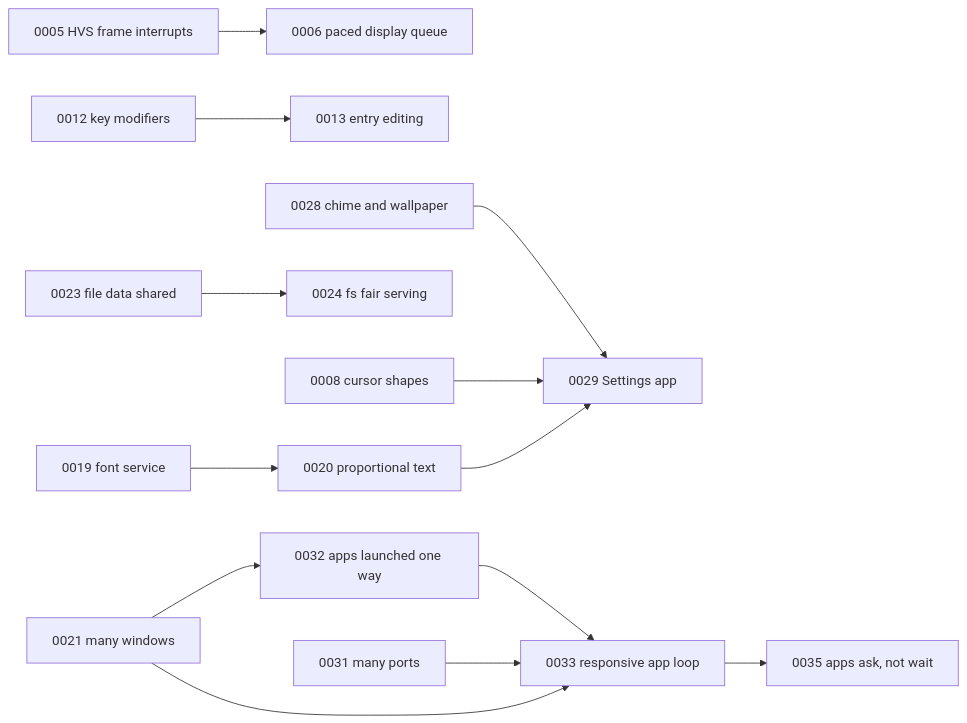
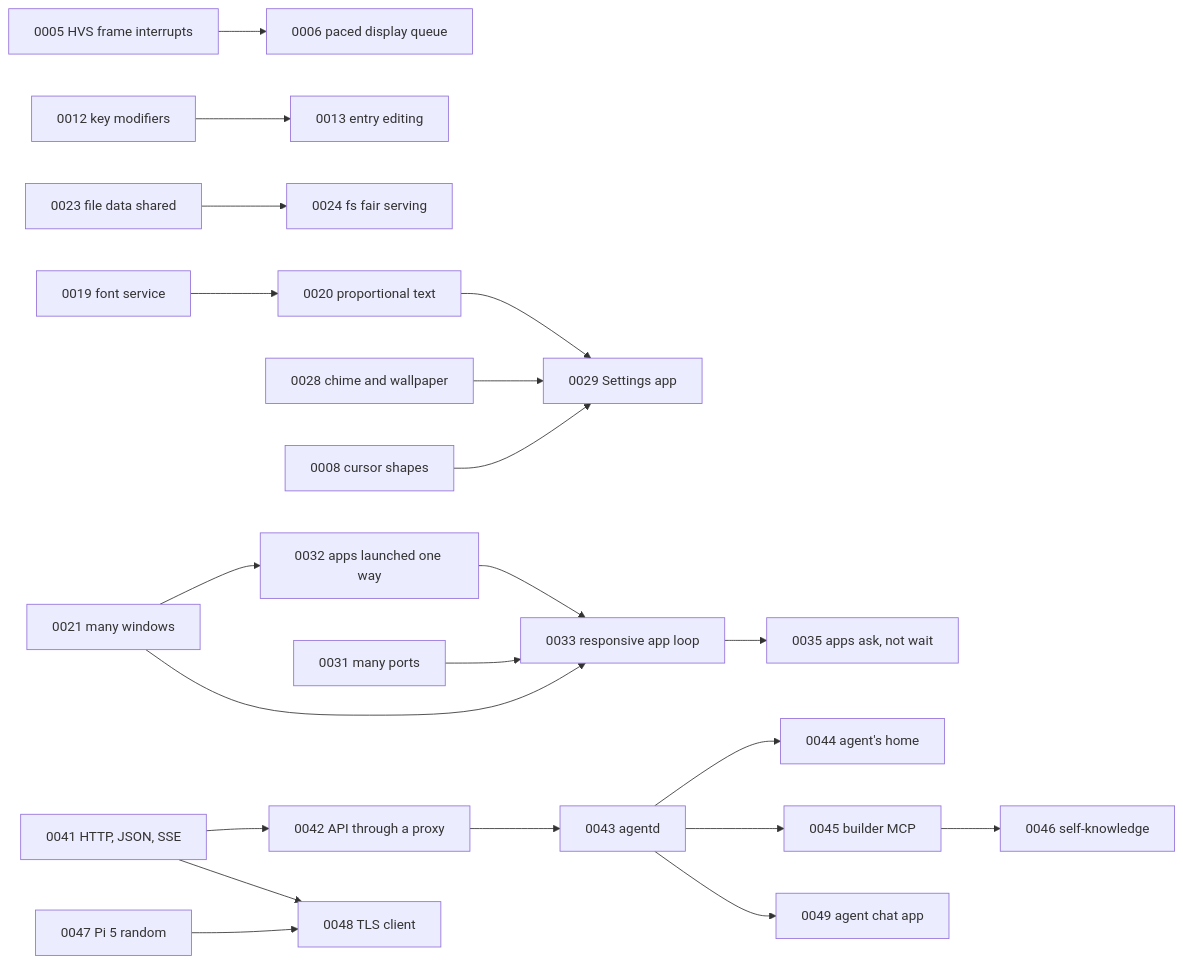
The diagram in roadmap/INDEX.md (misleb/L0S), drawn with Mermaid before and after one commit. The commit also changed other lines of this file and 9 other files, not shown here.

First line of the commit message:
Roadmap: an agent that lives on L0S, goals 0041-0049 as ideas

````diff
--- a/roadmap/INDEX.md
+++ b/roadmap/INDEX.md
@@ -54,15 +63,23 @@
 ```mermaid
 graph LR
   0005[0005 HVS frame interrupts] --> 0006[0006 paced display queue]
   0012[0012 key modifiers] --> 0013[0013 entry editing]
   0019[0019 font service] --> 0020[0020 proportional text]
   0023[0023 file data shared] --> 0024[0024 fs fair serving]
   0028[0028 chime and wallpaper] --> 0029[0029 Settings app]
   0008[0008 cursor shapes] --> 0029
   0020 --> 0029
   0021[0021 many windows] --> 0032[0032 apps launched one way]
   0032 --> 0033[0033 responsive app loop]
   0033 --> 0035[0035 apps ask, not wait]
   0031[0031 many ports] --> 0033
   0021 --> 0033
+  0041[0041 HTTP, JSON, SSE] --> 0042[0042 API through a proxy]
+  0042 --> 0043[0043 agentd]
+  0043 --> 0044[0044 agent's home]
+  0043 --> 0045[0045 builder MCP]
+  0045 --> 0046[0046 self-knowledge]
+  0043 --> 0049[0049 agent chat app]
+  0041 --> 0048[0048 TLS client]
+  0047[0047 Pi 5 random] --> 0048
 ```
````
